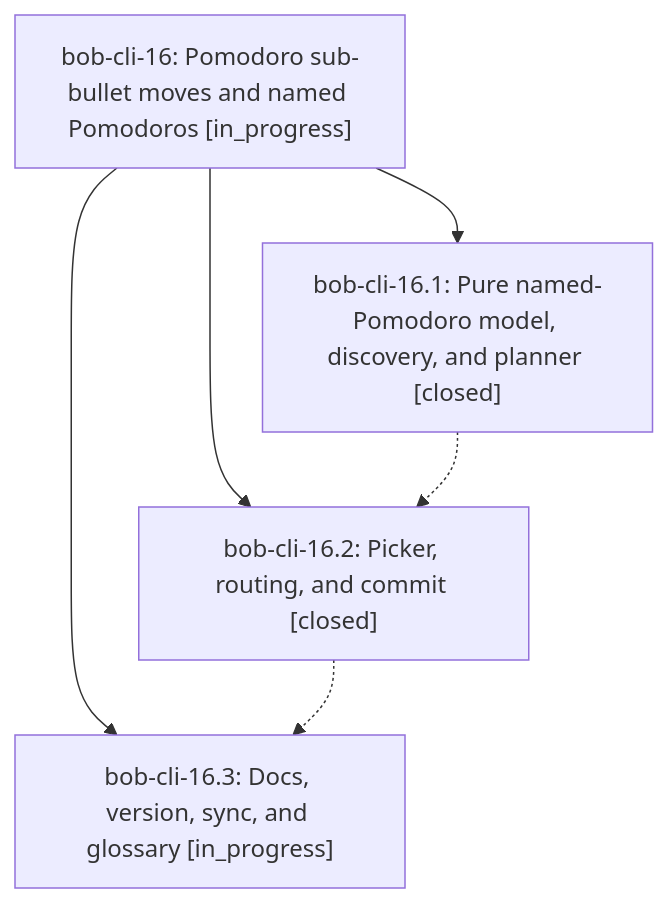
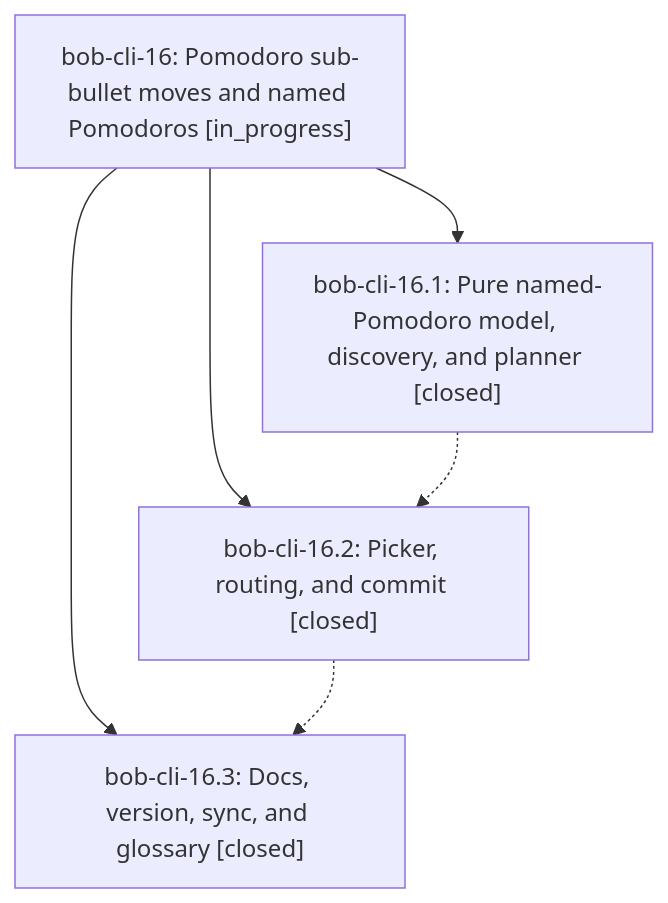
Before and after one commit to bobs-org/bob-cli--beads: the diagram in pages/bob-cli-16/README.md, drawn with Mermaid. The commit also changed other lines of this file and 2 other files, not shown here.

First line of the commit message:
chore(beads): sync bead state and pages for bob-cli-16

````diff
--- a/pages/bob-cli-16/README.md
+++ b/pages/bob-cli-16/README.md
@@ -36,12 +36,12 @@
 ```mermaid
 flowchart TD
     n0["bob-cli-16: Pomodoro sub-bullet moves and named Pomodoros [in_progress]"]
     n1["bob-cli-16.1: Pure named-Pomodoro model, discovery, and planner [closed]"]
     n2["bob-cli-16.2: Picker, routing, and commit [closed]"]
-    n3["bob-cli-16.3: Docs, version, sync, and glossary [in_progress]"]
+    n3["bob-cli-16.3: Docs, version, sync, and glossary [closed]"]
     n0 --> n1
     n0 --> n2
     n0 --> n3
     n1 -.-> n2
     n2 -.-> n3
 ```
````
